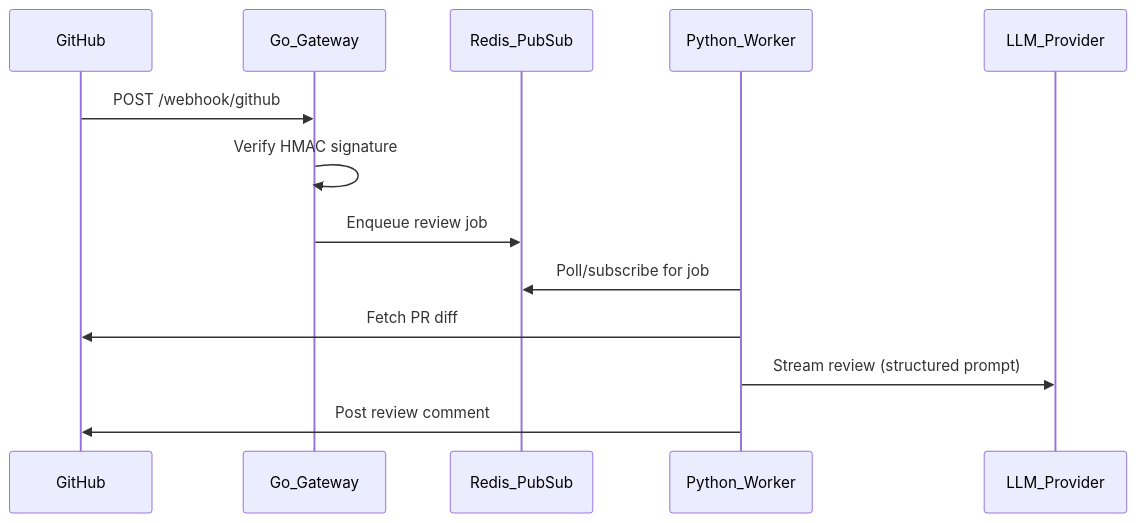
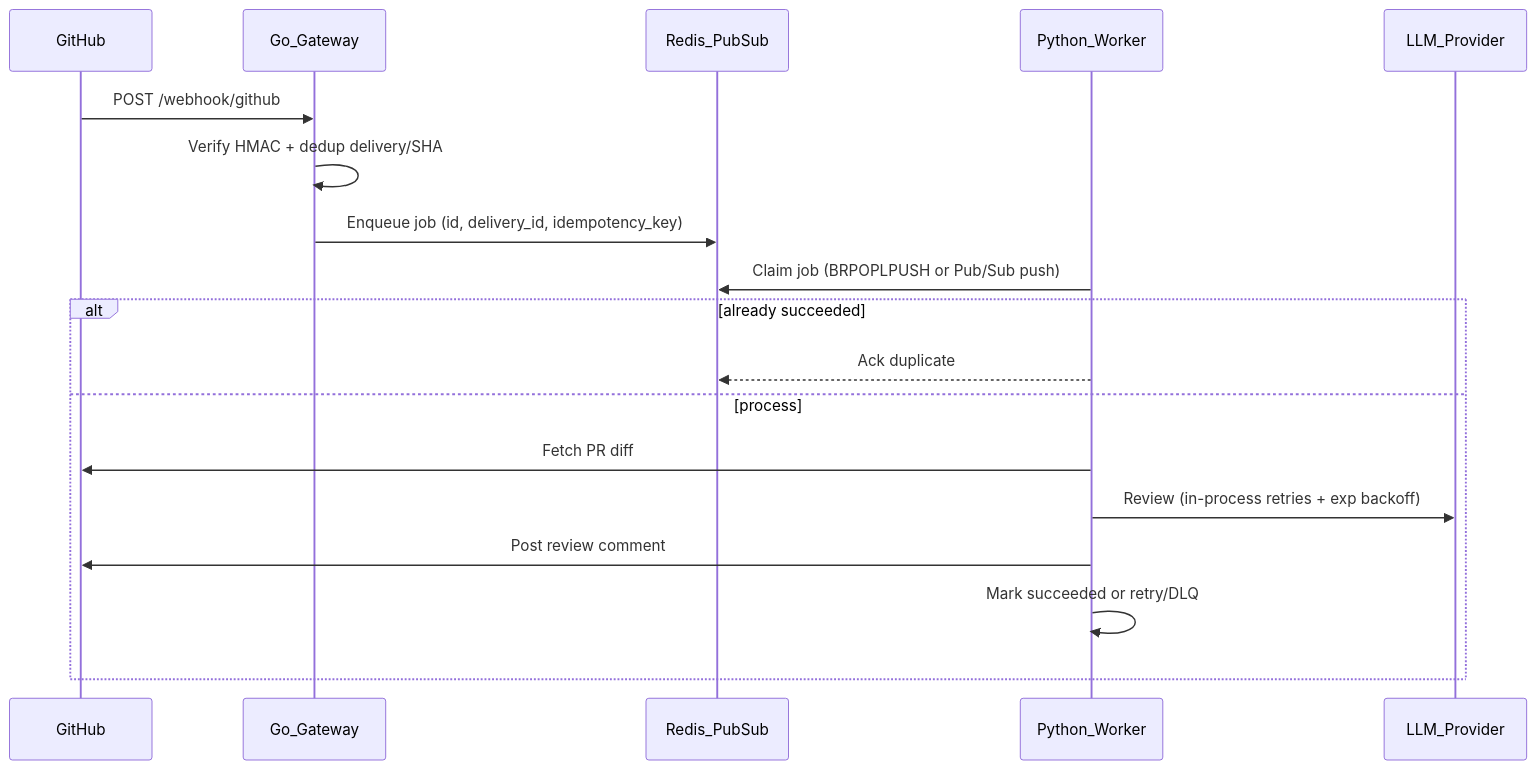
The third of 3 diagrams in ARCHITECTURE.md (shashank3876/Dev-Mind), drawn with Mermaid before and after one commit. The commit also changed other lines of this file and 18 other files, not shown here.

````diff
--- a/ARCHITECTURE.md
+++ b/ARCHITECTURE.md
@@ -76,16 +76,21 @@
 ```mermaid
 sequenceDiagram
   participant GH as GitHub
   participant GW as Go_Gateway
   participant Q as Redis_PubSub
   participant W as Python_Worker
   participant AI as LLM_Provider
 
   GH->>GW: POST /webhook/github
-  GW->>GW: Verify HMAC signature
-  GW->>Q: Enqueue review job
-  W->>Q: Poll/subscribe for job
-  W->>GH: Fetch PR diff
-  W->>AI: Stream review (structured prompt)
-  W->>GH: Post review comment
+  GW->>GW: Verify HMAC + dedup delivery/SHA
+  GW->>Q: Enqueue job (id, delivery_id, idempotency_key)
+  W->>Q: Claim job (BRPOPLPUSH or Pub/Sub push)
+  alt already succeeded
+    W-->>Q: Ack duplicate
+  else process
+    W->>GH: Fetch PR diff
+    W->>AI: Review (in-process retries + exp backoff)
+    W->>GH: Post review comment
+    W->>W: Mark succeeded or retry/DLQ
+  end
 ```
````
